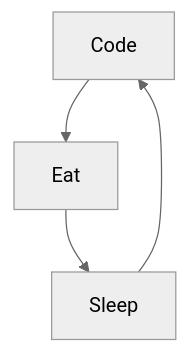
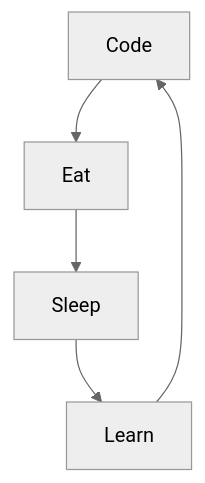
Before and after one commit to Webnume/Webnume: the diagram in README.md, drawn with Mermaid (neutral theme). The commit also changed other lines of this file, not shown here.

````diff
--- a/README.md
+++ b/README.md
@@ -59,6 +60,7 @@
 ```mermaid
   graph TD;
       Code-->Eat;
       Eat-->Sleep;
-      Sleep-->Code;
+      Sleep-->Learn;
+      Learn-->Code;
 ```
````
